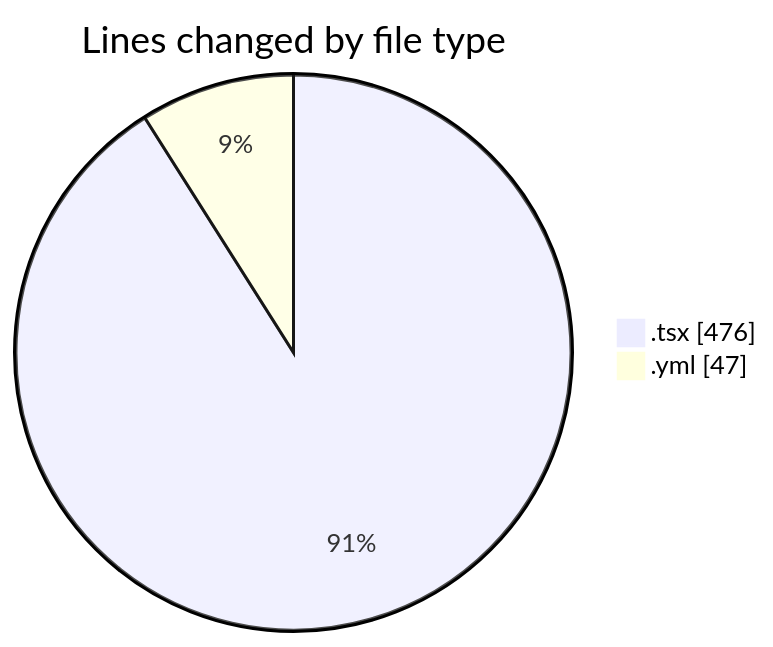
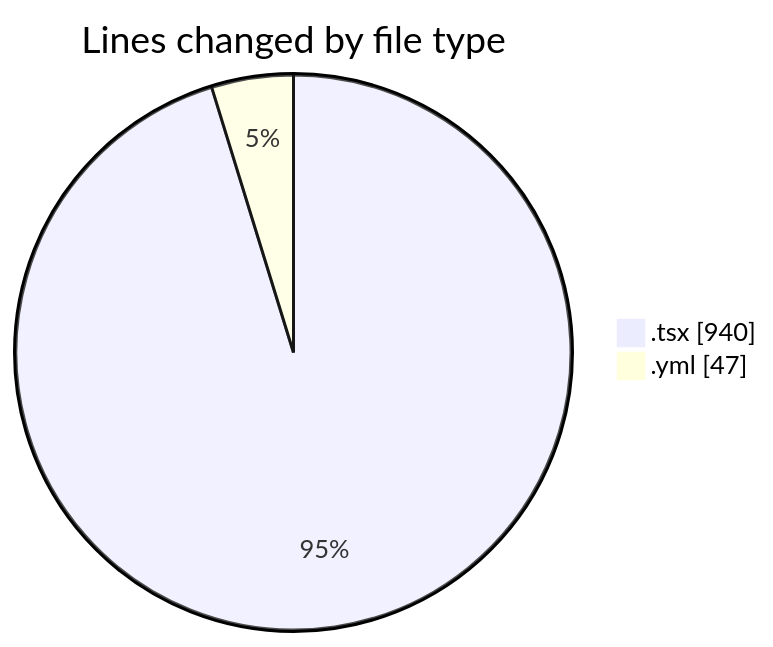
One commit to robertbonfada/code-tracking changed the first of 2 diagrams in 2025-02-05/mbc-web/README.md. Above: the diagram before and after it, drawn with Mermaid. The commit also changed other lines of this file and 1 other file, not shown here.

````diff
--- a/2025-02-05/mbc-web/README.md
+++ b/2025-02-05/mbc-web/README.md
@@ -24,6 +25,6 @@
 ```mermaid
 pie showData
 title Lines changed by file type
-".tsx" : 476
+".tsx" : 940
 ".yml" : 47
 ```
````
